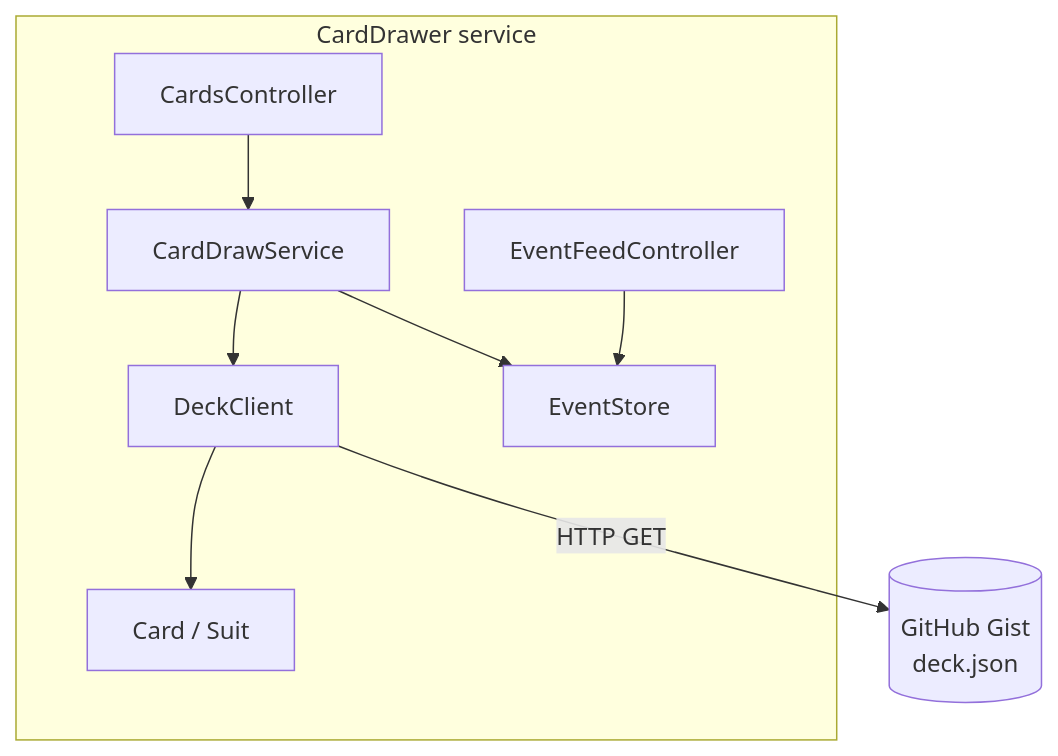
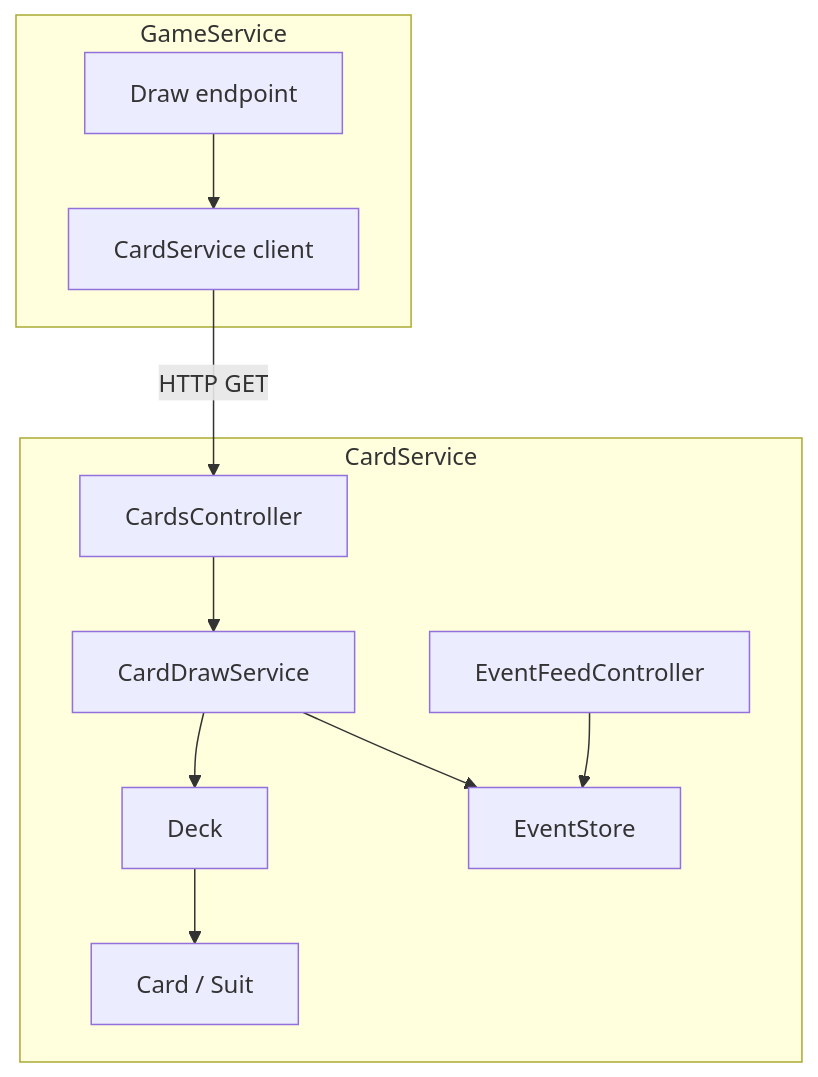
The second of 2 diagrams in README.md (anit3k/diplom-storesys-card-drawer), drawn with Mermaid before and after one commit. The commit also changed other lines of this file and 29 other files, not shown here.

First line of the commit message:
Rename to CardService, add GameService skeleton, generate deck locally

````diff
--- a/README.md
+++ b/README.md
@@ -147,19 +158,23 @@
 ```mermaid
 flowchart TB
-    subgraph CardDrawer service
+    subgraph GameService
+        GameController[Draw endpoint]
+        CardClient[CardService client]
+    end
+    subgraph CardService
         Controller[CardsController]
         EventController[EventFeedController]
         AppService[CardDrawService]
-        Client[DeckClient]
+        LocalDeck[Deck]
         Store[EventStore]
         Domain[Card / Suit]
     end
-    Gist[(GitHub Gist<br/>deck.json)]
 
+    GameController --> CardClient
+    CardClient -- HTTP GET --> Controller
     Controller --> AppService
-    AppService --> Client
+    AppService --> LocalDeck
     AppService --> Store
     EventController --> Store
-    Client --> Domain
-    Client -- HTTP GET --> Gist
+    LocalDeck --> Domain
 ```
````
